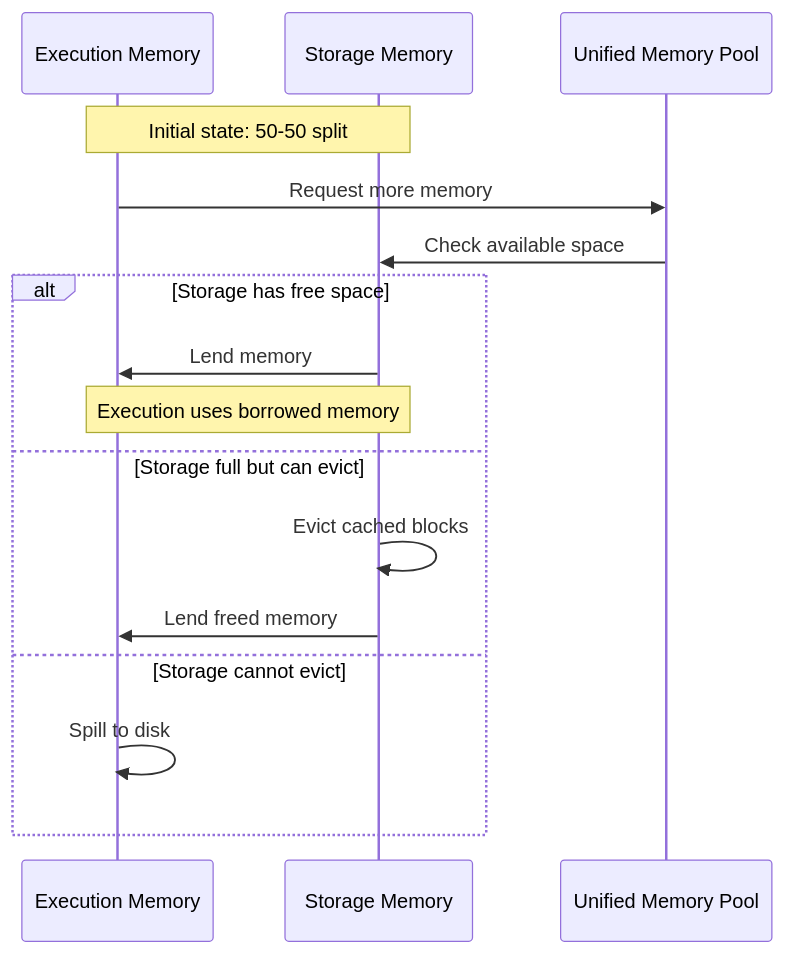
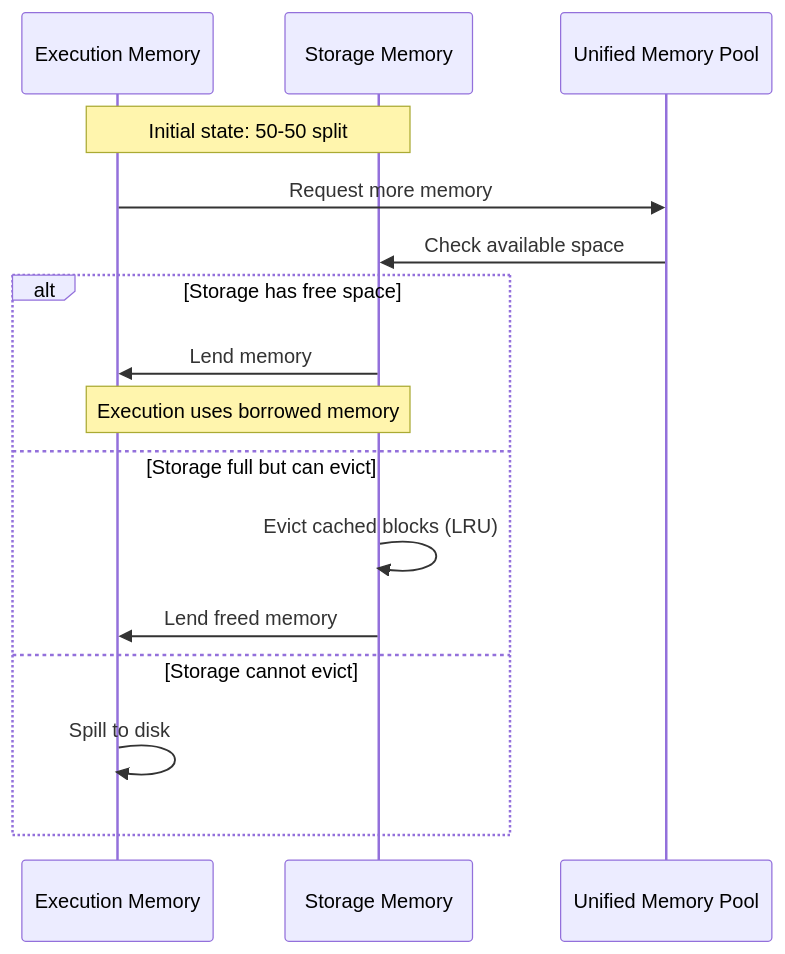
One commit to MrAnnix/MrAnnix.github.io changed the third of 4 diagrams in _posts/2025-11-08-understanding-spark-memory-management.md. Above: the diagram before and after it, drawn with Mermaid. The commit also changed other lines of this file, not shown here.

````diff
--- a/_posts/2025-11-08-understanding-spark-memory-management.md
+++ b/_posts/2025-11-08-understanding-spark-memory-management.md
@@ -142,19 +194,19 @@
 ```mermaid
 sequenceDiagram
     participant E as Execution Memory
     participant S as Storage Memory
     participant U as Unified Memory Pool
     
     Note over E,S: Initial state: 50-50 split
     E->>U: Request more memory
     U->>S: Check available space
     alt Storage has free space
         S->>E: Lend memory
         Note over E,S: Execution uses borrowed memory
     else Storage full but can evict
-        S->>S: Evict cached blocks
+        S->>S: Evict cached blocks (LRU)
         S->>E: Lend freed memory
     else Storage cannot evict
         E->>E: Spill to disk
     end
 ```
````
